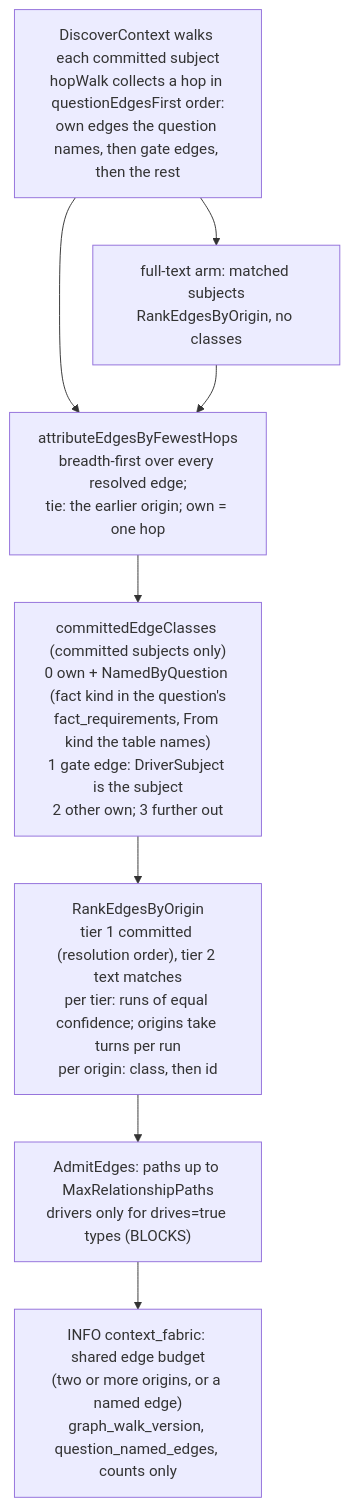
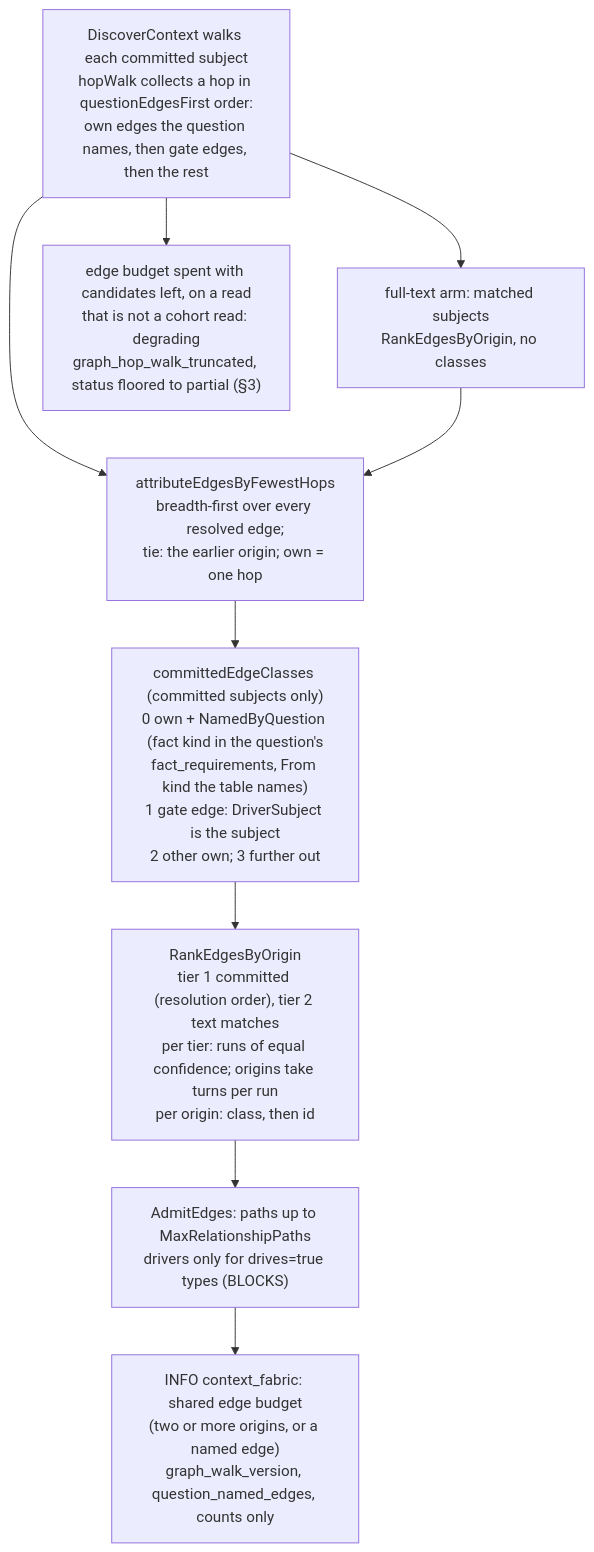
One commit to full-chaos/dev-health-acr changed diagram 25 of 37 in docs/design/context-fabric-architecture-diagrams.md. Above: the diagram before and after it, drawn with Mermaid. The commit also changed other lines of this file and 23 other files, not shown here.

First line of the commit message:
feat(contracts): CHAOS-12348 disclose a cut or narrowed non-cohort graph read (#1858)

````diff
--- a/docs/design/context-fabric-architecture-diagrams.md
+++ b/docs/design/context-fabric-architecture-diagrams.md
@@ -3305,10 +3337,11 @@
 ```mermaid
 flowchart TD
   WALK["DiscoverContext walks each committed subject<br/>hopWalk collects a hop in questionEdgesFirst order:<br/>own edges the question names, then gate edges, then the rest"] --> TEXT["full-text arm: matched subjects<br/>RankEdgesByOrigin, no classes"]
   WALK --> ATTR["attributeEdgesByFewestHops<br/>breadth-first over every resolved edge;<br/>tie: the earlier origin; own = one hop"]
+  WALK --> CUT["edge budget spent with candidates left, on a read<br/>that is not a cohort read: degrading<br/>graph_hop_walk_truncated, status floored to partial (§3)"]
   TEXT --> ATTR
   ATTR --> CLASS["committedEdgeClasses (committed subjects only)<br/>0 own + NamedByQuestion (fact kind in the question's<br/>fact_requirements, From kind the table names)<br/>1 gate edge: DriverSubject is the subject<br/>2 other own; 3 further out"]
   CLASS --> RANK["RankEdgesByOrigin<br/>tier 1 committed (resolution order), tier 2 text matches<br/>per tier: runs of equal confidence; origins take turns per run<br/>per origin: class, then id"]
   RANK --> ADMIT["AdmitEdges: paths up to MaxRelationshipPaths<br/>drivers only for drives=true types (BLOCKS)"]
   ADMIT --> LOG["INFO context_fabric: shared edge budget<br/>(two or more origins, or a named edge)<br/>graph_walk_version, question_named_edges, counts only"]
 ```
````
